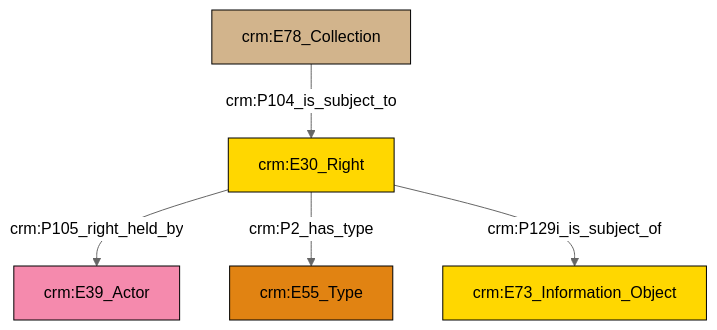
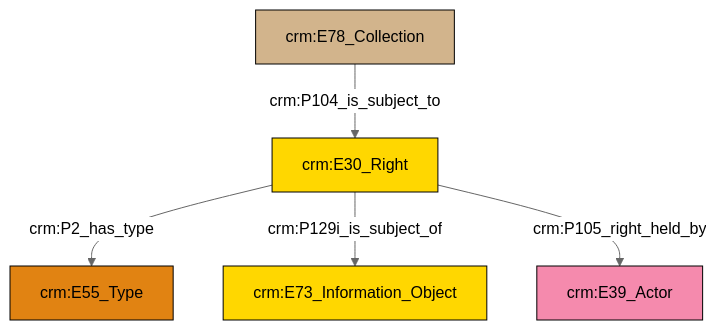
The diagram in et/archivalCSV/ttl/mmd/archival_rights.ttl.mmd (swiss-art-research-net/docs.swissartresearch), drawn with Mermaid (neutral theme) before and after one commit. The commit also changed 175 other files, not shown here.

```diff
--- a/et/archivalCSV/ttl/mmd/archival_rights.ttl.mmd
+++ b/et/archivalCSV/ttl/mmd/archival_rights.ttl.mmd
@@ -1,19 +1,19 @@
 graph TD
 classDef Literal fill:#f2f2f2,stroke:#000000;
 classDef CRM_Entity fill:#FFFFFF,stroke:#000000;
 classDef Temporal_Entity fill:#00C9E6, stroke:#000000;
 classDef Type fill:#E18312, stroke:#000000;
 classDef Time-Span fill:#2C9C91, stroke:#000000;
 classDef Appellation fill:#FFEB7F, stroke:#000000;
 classDef Place fill:#008836, stroke:#000000;
 classDef Persistent_Item fill:#B266B2, stroke:#000000;
 classDef Conceptual_Object fill:#FFD700, stroke:#000000;
 classDef Physical_Thing fill:#D2B48C, stroke:#000000;
 classDef Actor fill:#f58aad, stroke:#000000;
 classDef PC_Classes fill:#4ce600, stroke:#000000;
 classDef Multi fill:#cccccc,stroke:#000000;
 
-2["crm:E30_Right"]:::Conceptual_Object -->|crm:P105_right_held_by| 8["crm:E39_Actor"]:::Actor
-2["crm:E30_Right"]:::Conceptual_Object -->|crm:P2_has_type| 4["crm:E55_Type"]:::Type
-0["crm:E78_Collection"]:::Physical_Thing -->|crm:P104_is_subject_to| 2["crm:E30_Right"]:::Conceptual_Object
-2["crm:E30_Right"]:::Conceptual_Object -->|crm:P129i_is_subject_of| 6["crm:E73_Information_Object"]:::Conceptual_Object
+2["crm:E78_Collection"]:::Physical_Thing -->|crm:P104_is_subject_to| 0["crm:E30_Right"]:::Conceptual_Object
+0["crm:E30_Right"]:::Conceptual_Object -->|crm:P2_has_type| 4["crm:E55_Type"]:::Type
+0["crm:E30_Right"]:::Conceptual_Object -->|crm:P129i_is_subject_of| 8["crm:E73_Information_Object"]:::Conceptual_Object
+0["crm:E30_Right"]:::Conceptual_Object -->|crm:P105_right_held_by| 5["crm:E39_Actor"]:::Actor
```
